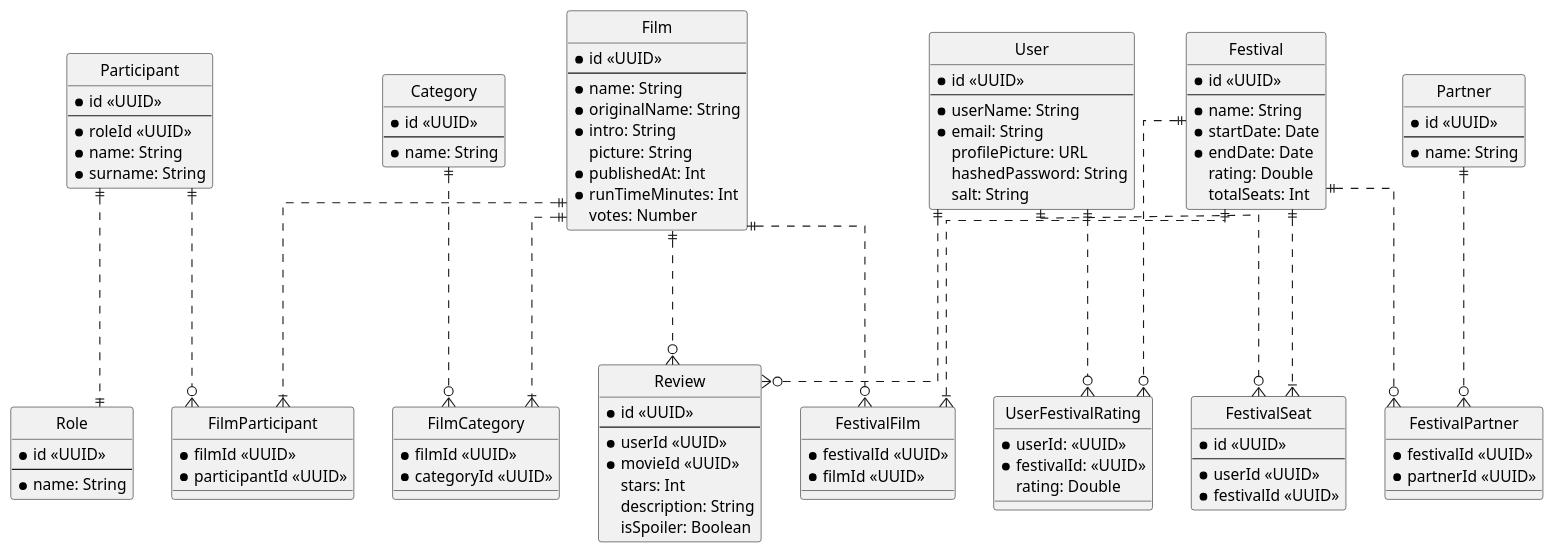
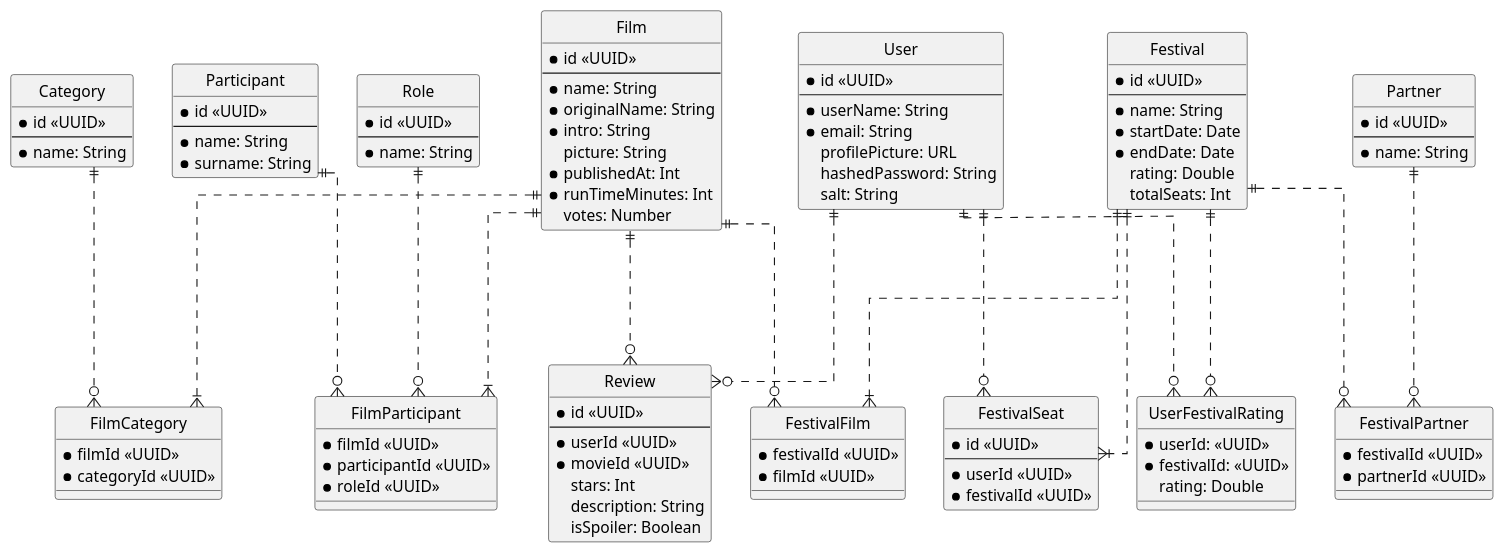
One commit to katyadam/film-festival changed the diagram in apps/backend/diagrams/film_festival_database.puml. Above: the diagram before and after it, drawn with PlantUML. The commit also changed 1 other file, not shown here.

Commit message:
fix: remove relationship between participant and role

```diff
--- a/apps/backend/diagrams/film_festival_database.puml
+++ b/apps/backend/diagrams/film_festival_database.puml
@@ -1,124 +1,124 @@
 @startuml film_festival
 
 skinparam Linetype ortho
 hide circle
 
 
 entity User {
   * id <<UUID>>
   ---
   * userName: String
   * email: String
   profilePicture: URL
   hashedPassword: String
   salt: String
 }
 
 entity Review {
   * id <<UUID>>
   ---
   * userId <<UUID>>
   * movieId <<UUID>>
   stars: Int
   description: String
   isSpoiler: Boolean
 }
 
 entity Film {
   * id <<UUID>>
   ---
   * name: String
   * originalName: String
   * intro: String
   picture: String
   * publishedAt: Int
   * runTimeMinutes: Int
   votes: Number
 }
 
 entity Category {
   * id <<UUID>>
   ---
   * name: String
 }
 
 entity FilmCategory {
   * filmId <<UUID>>
   * categoryId <<UUID>>
 }
 
 entity FilmParticipant {
   * filmId <<UUID>>
   * participantId <<UUID>>
+  * roleId <<UUID>>
 }
 
 entity Participant {
   * id <<UUID>>
   ---
-  * roleId <<UUID>>
   * name: String
   * surname: String
 }
 
 entity Role {
   * id <<UUID>>
   ---
   * name: String
 }
 
 entity Festival {
   * id <<UUID>>
   ---
   * name: String
   * startDate: Date
   * endDate: Date
   rating: Double
   totalSeats: Int
 }
 
 entity UserFestivalRating {
   * userId: <<UUID>>
   * festivalId: <<UUID>>
   rating: Double
 }
 
 entity FestivalFilm {
   * festivalId <<UUID>>
   * filmId <<UUID>>
 }
 
 entity FestivalSeat {
   * id <<UUID>>
   ---
   * userId <<UUID>>
   * festivalId <<UUID>>
 }
 
 entity Partner {
   * id <<UUID>>
   ---
   * name: String
 }
 
 entity FestivalPartner {
   * festivalId <<UUID>>
   * partnerId <<UUID>>
 }
 
 Film ||...|{ FilmCategory
 Category ||...o{ FilmCategory
 User ||...o{ Review
 Film ||...o{ Review
 Film ||...o{ FestivalFilm
 Festival ||...|{ FestivalFilm
 User ||...o{ FestivalSeat
 Festival ||...|{ FestivalSeat
 Partner ||...o{ FestivalPartner
 Festival ||...o{ FestivalPartner
-Participant ||...||Role
 Participant ||...o{ FilmParticipant
 Film ||...|{ FilmParticipant
 User ||...o{ UserFestivalRating
 Festival ||...o{ UserFestivalRating
+Role ||...o{ FilmParticipant
 
 @enduml
```
